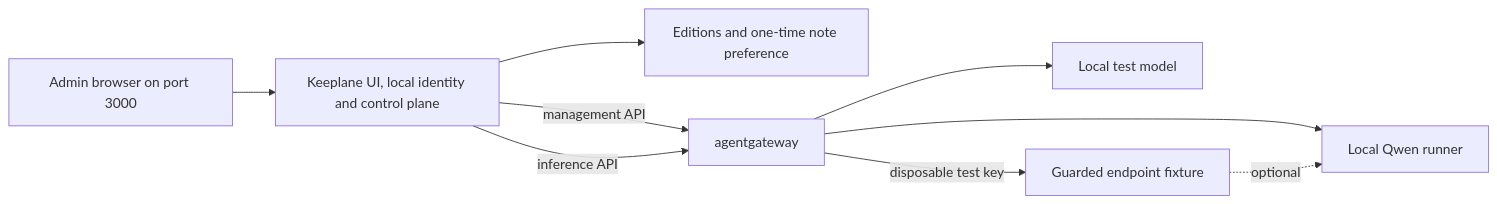
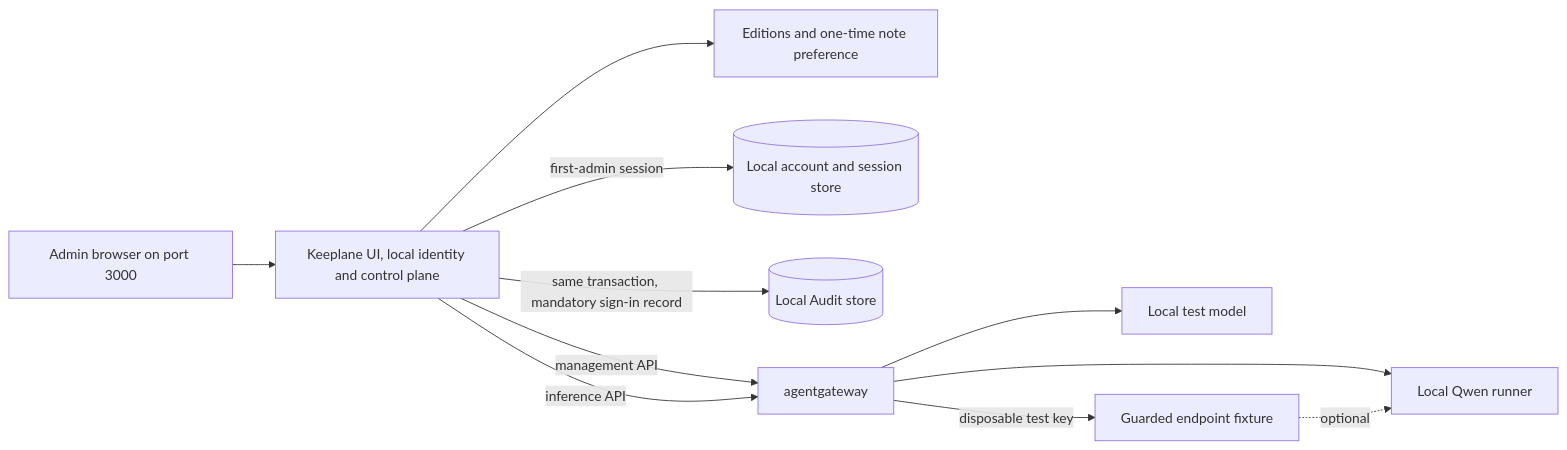
Before and after one commit to OsamaFelFel/keeplane: the diagram in docs/architecture/local-preview.md, drawn with Mermaid. The commit also changed other lines of this file and 20 other files, not shown here.

Commit message:
feat: record break-glass sign-ins with sessions atomically

````diff
--- a/docs/architecture/local-preview.md
+++ b/docs/architecture/local-preview.md
@@ -7,11 +7,13 @@
 ```mermaid
 flowchart LR
   Browser[Admin browser on port 3000] --> App[Keeplane UI, local identity and control plane]
   App --> Editions[Editions and one-time note preference]
+  App -->|first-admin session| Accounts[(Local account and session store)]
+  App -->|same transaction, mandatory sign-in record| Audit[(Local Audit store)]
   App -->|management API| Gateway[agentgateway]
   App -->|inference API| Gateway
   Gateway --> Fixture[Local test model]
   Gateway --> Qwen[Local Qwen runner]
   Gateway -->|disposable test key| Guarded[Guarded endpoint fixture]
   Guarded -. optional .-> Qwen
 ```
````
